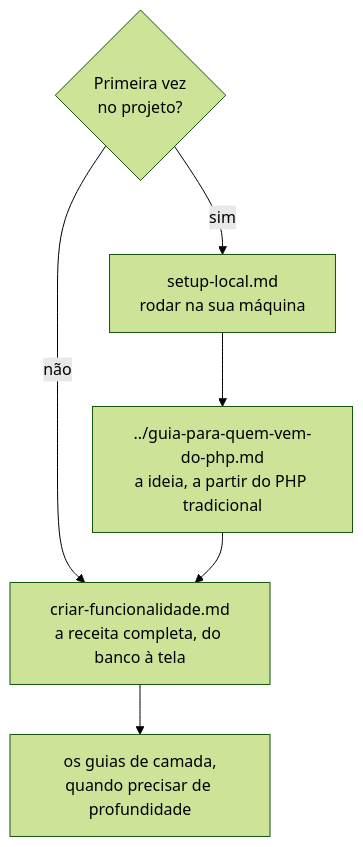
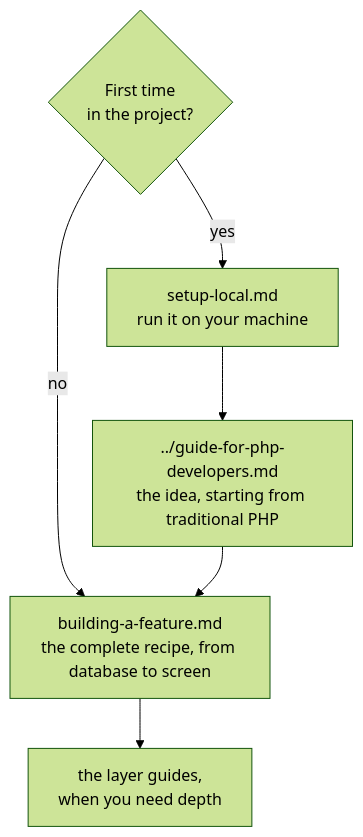
Before and after one commit to mrcdom/wdc-cube-php: the diagram in docs/dev/README.md, drawn with Mermaid (forest theme). The commit also changed other lines of this file and 303 other files, not shown here.

````diff
--- a/docs/dev/README.md
+++ b/docs/dev/README.md
@@ -14,8 +14,8 @@
 ```mermaid
 flowchart TD
-    novo{"Primeira vez<br/>no projeto?"} -- sim --> setup["setup-local.md<br/>rodar na sua máquina"]
-    novo -- não --> mestre
-    setup --> guia["../guia-para-quem-vem-do-php.md<br/>a ideia, a partir do PHP tradicional"]
-    guia --> mestre["criar-funcionalidade.md<br/>a receita completa, do banco à tela"]
-    mestre --> camadas["os guias de camada,<br/>quando precisar de profundidade"]
+    first{"First time<br/>in the project?"} -- yes --> setup["setup-local.md<br/>run it on your machine"]
+    first -- no --> master
+    setup --> guide["../guide-for-php-developers.md<br/>the idea, starting from traditional PHP"]
+    guide --> master["building-a-feature.md<br/>the complete recipe, from database to screen"]
+    master --> layers["the layer guides,<br/>when you need depth"]
 ```
````
